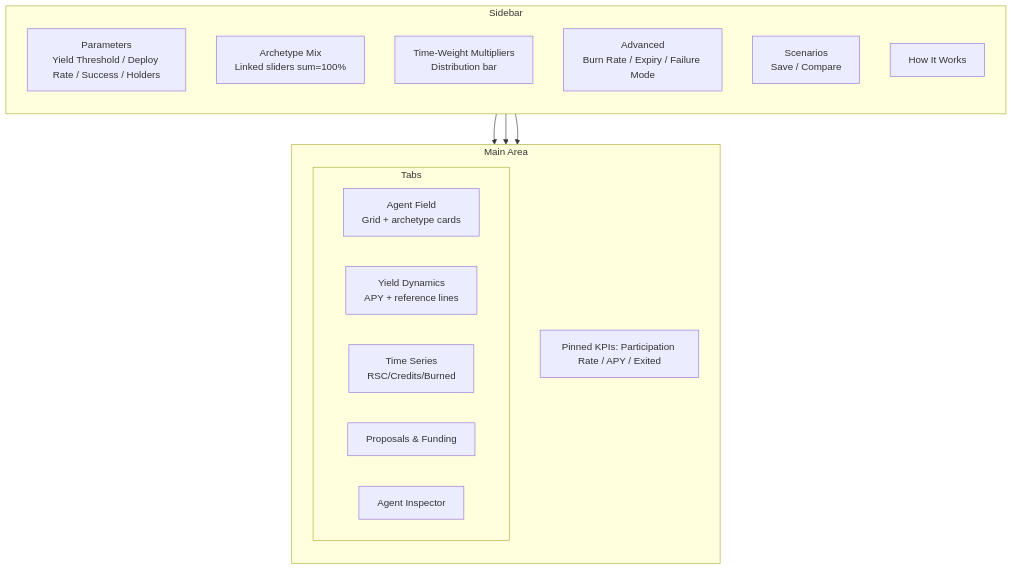
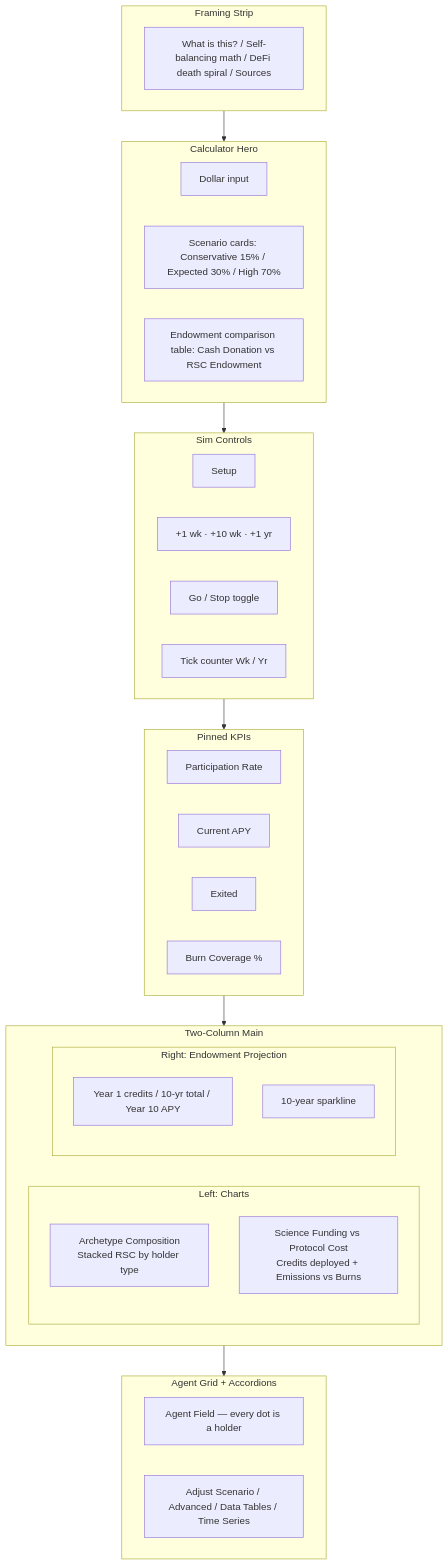
One commit to rsthornton/rsc-endowment-abm changed diagram 11 of 13 in ARCHITECTURE.md. Above: the diagram before and after it, drawn with Mermaid. The commit also changed other lines of this file and 1 other file, not shown here.

Commit message:
docs: update README and ARCHITECTURE for dashboard overhaul
README:
- Remove stale 'Run button' reference from hero description
- Update sim controls: Setup · +1 wk · +10 wk · +1 yr · Go/Stop
- Replace chart descriptions: Participation Rate + APY →
  Archetype Composition + Science Funding vs Protocol Cost
- Update right column description to include 10-year sparkline

ARCHITECTURE:
- Replace tab-based Dashboard Layout diagram with accurate
  single-page layout (framing strip → hero → controls → KPIs
  → two-col charts + endow panel → agent grid + accordions)
- Fix stale sequence diagram: 'Click Run 1 Year' → 'Click Go'

🤖 Generated with [Claude Code](https://claude.com/claude-code)

````diff
--- a/ARCHITECTURE.md
+++ b/ARCHITECTURE.md
@@ -221,28 +221,44 @@
 ```mermaid
 graph TB
-    subgraph Sidebar
-        direction TB
-        P[Parameters<br/>Yield Threshold / Deploy Rate / Success / Holders]
-        AM[Archetype Mix<br/>Linked sliders sum=100%]
-        TW[Time-Weight Multipliers<br/>Distribution bar]
-        ADV[Advanced<br/>Burn Rate / Expiry / Failure Mode]
-        SC[Scenarios<br/>Save / Compare]
-        HW[How It Works]
+    subgraph Top["Framing Strip"]
+        FS[What is this? / Self-balancing math / DeFi death spiral / Sources]
     end
 
-    subgraph Main["Main Area"]
-        direction TB
-        KPI[Pinned KPIs: Participation Rate / APY / Exited]
-        subgraph Tabs
-            AF[Agent Field<br/>Grid + archetype cards]
-            YD[Yield Dynamics<br/>APY + reference lines]
-            TS[Time Series<br/>RSC/Credits/Burned]
-            PF[Proposals & Funding]
-            AI[Agent Inspector]
+    subgraph Hero["Calculator Hero"]
+        DI[Dollar input]
+        SC[Scenario cards: Conservative 15% / Expected 30% / High 70%]
+        EC[Endowment comparison table: Cash Donation vs RSC Endowment]
+    end
+
+    subgraph Controls["Sim Controls"]
+        SU[Setup]
+        ST[+1 wk · +10 wk · +1 yr]
+        GO[Go / Stop toggle]
+        TC[Tick counter Wk / Yr]
+    end
+
+    subgraph KPIs["Pinned KPIs"]
+        PR[Participation Rate]
+        APY[Current APY]
+        EX[Exited]
+        BC[Burn Coverage %]
+    end
+
+    subgraph TwoCol["Two-Column Main"]
+        subgraph Left["Left: Charts"]
+            AC[Archetype Composition<br/>Stacked RSC by holder type]
+            SF[Science Funding vs Protocol Cost<br/>Credits deployed + Emissions vs Burns]
+        end
+        subgraph Right["Right: Endowment Projection"]
+            EP[Year 1 credits / 10-yr total / Year 10 APY]
+            SP[10-year sparkline]
         end
     end
 
-    P --> Main
-    AM --> Main
-    ADV --> Main
+    subgraph Bottom["Agent Grid + Accordions"]
+        AG[Agent Field — every dot is a holder]
+        ACC[Adjust Scenario / Advanced / Data Tables / Time Series]
+    end
+
+    Top --> Hero --> Controls --> KPIs --> TwoCol --> Bottom
 ```
````
